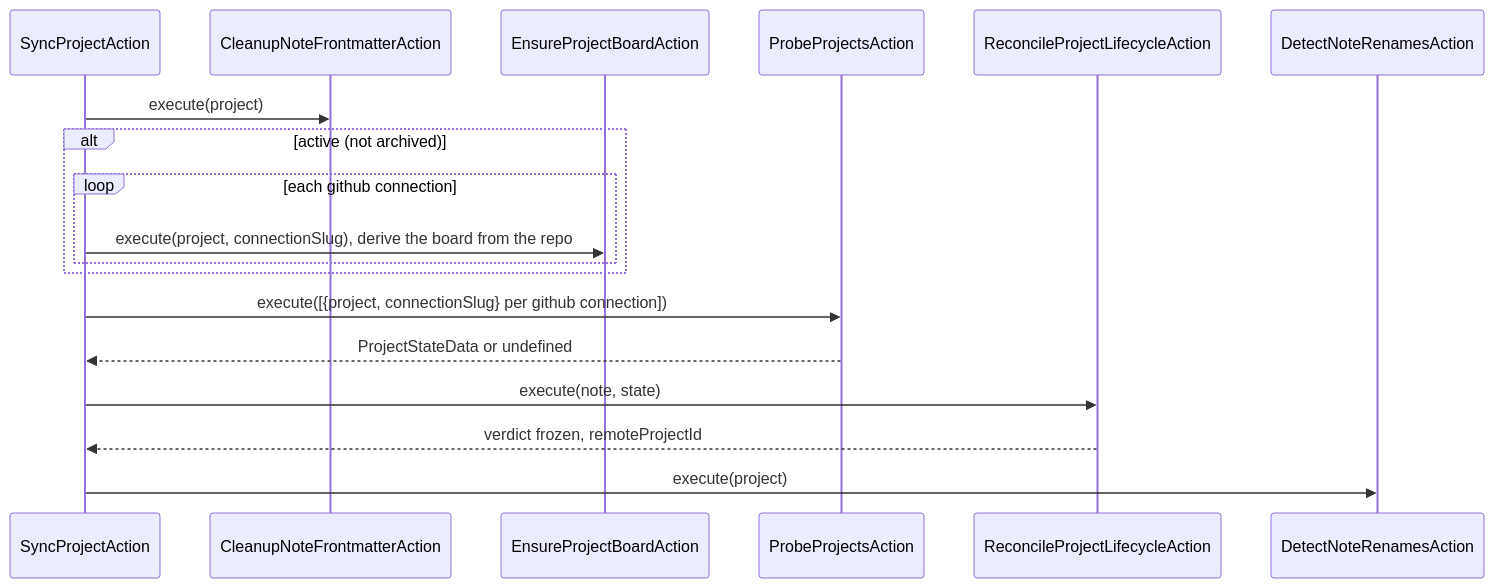
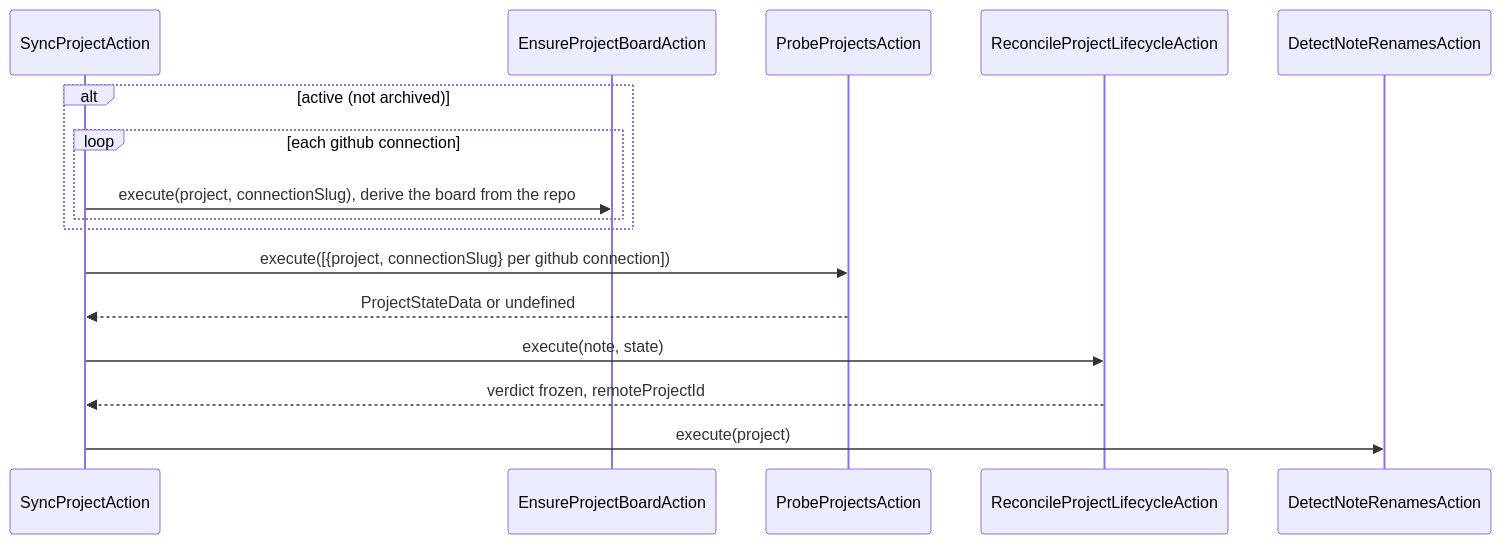
Before and after one commit to 99linesofcode/obsidian-project-management: the second of 25 diagrams in docs/developer-manual.md, drawn with Mermaid. The commit also changed other lines of this file and 27 other files, not shown here.

````diff
--- a/docs/developer-manual.md
+++ b/docs/developer-manual.md
@@ -190,21 +188,19 @@
 ```mermaid
 sequenceDiagram
   participant SP as SyncProjectAction
-  participant Clean as CleanupNoteFrontmatterAction
   participant Ens as EnsureProjectBoardAction
   participant Probe as ProbeProjectsAction
   participant Life as ReconcileProjectLifecycleAction
   participant Ren as DetectNoteRenamesAction
 
-  SP->>Clean: execute(project)
   alt active (not archived)
     loop each github connection
       SP->>Ens: execute(project, connectionSlug), derive the board from the repo
     end
   end
   SP->>Probe: execute([{project, connectionSlug} per github connection])
   Probe-->>SP: ProjectStateData or undefined
   SP->>Life: execute(note, state)
   Life-->>SP: verdict frozen, remoteProjectId
   SP->>Ren: execute(project)
 ```
````
